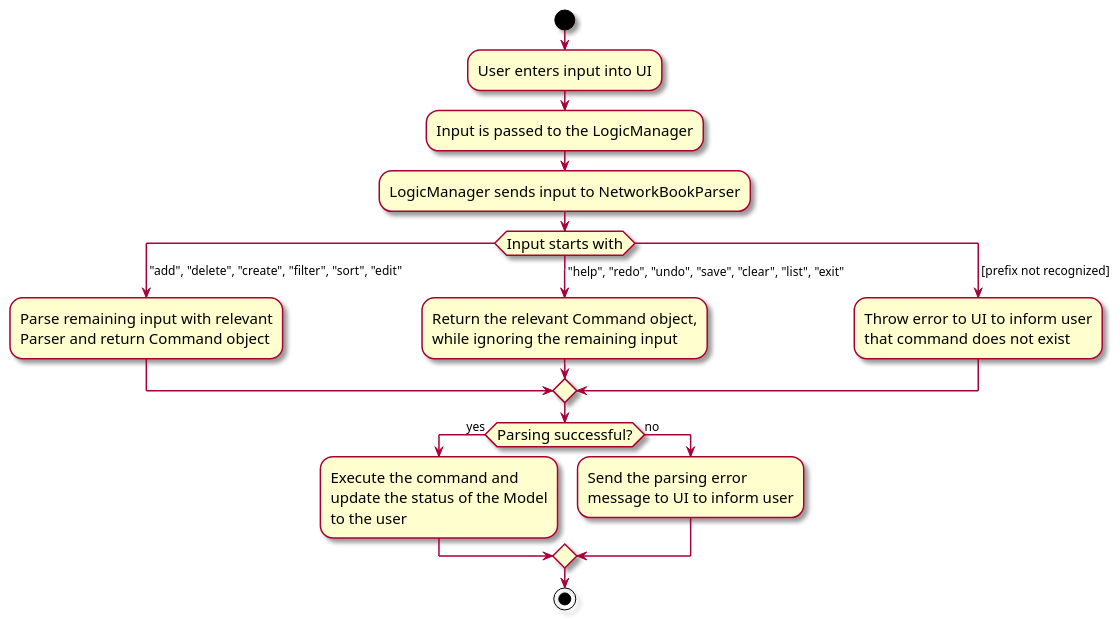
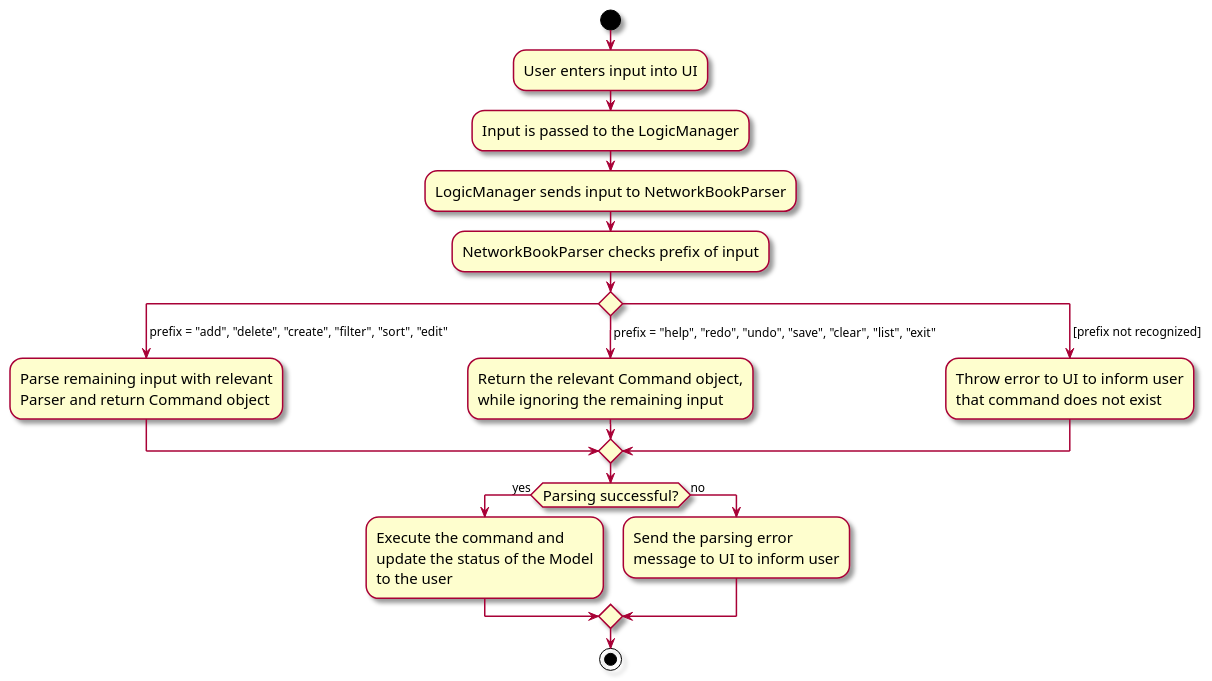
The diagram in docs/diagrams/AddressBookParser.puml (nus-cs2103-AY2324S1/tp), drawn with PlantUML before and after one commit. The commit also changed 1 other file, not shown here.

```diff
--- a/docs/diagrams/AddressBookParser.puml
+++ b/docs/diagrams/AddressBookParser.puml
@@ -1,34 +1,35 @@
 @startuml
 skin rose
 skinparam ActivityFontSize 15
 skinparam ArrowFontSize 12
 start
 :User enters input into UI;
 :Input is passed to the LogicManager;
 :LogicManager sends input to NetworkBookParser;
+:NetworkBookParser checks prefix of input;
 
 'Since the beta syntax does not support placing the condition outside the
 'diamond we place it as the true branch instead.
 
-switch (Input starts with)
-case ( "add", "delete", "create", "filter", "sort", "edit")
+switch ()
+case ( prefix = "add", "delete", "create", "filter", "sort", "edit")
     :Parse remaining input with relevant
     Parser and return Command object;
-case ( "help", "redo", "undo", "save", "clear", "list", "exit")
+case ( prefix = "help", "redo", "undo", "save", "clear", "list", "exit")
     :Return the relevant Command object,
     while ignoring the remaining input;
 case ( [prefix not recognized])
     :Throw error to UI to inform user
     that command does not exist;
 endswitch
 
 if (Parsing successful?) is (yes) then
   :Execute the command and
   update the status of the Model
   to the user;
 else (no)
   :Send the parsing error
   message to UI to inform user;
 endif
 stop
 @enduml
```
